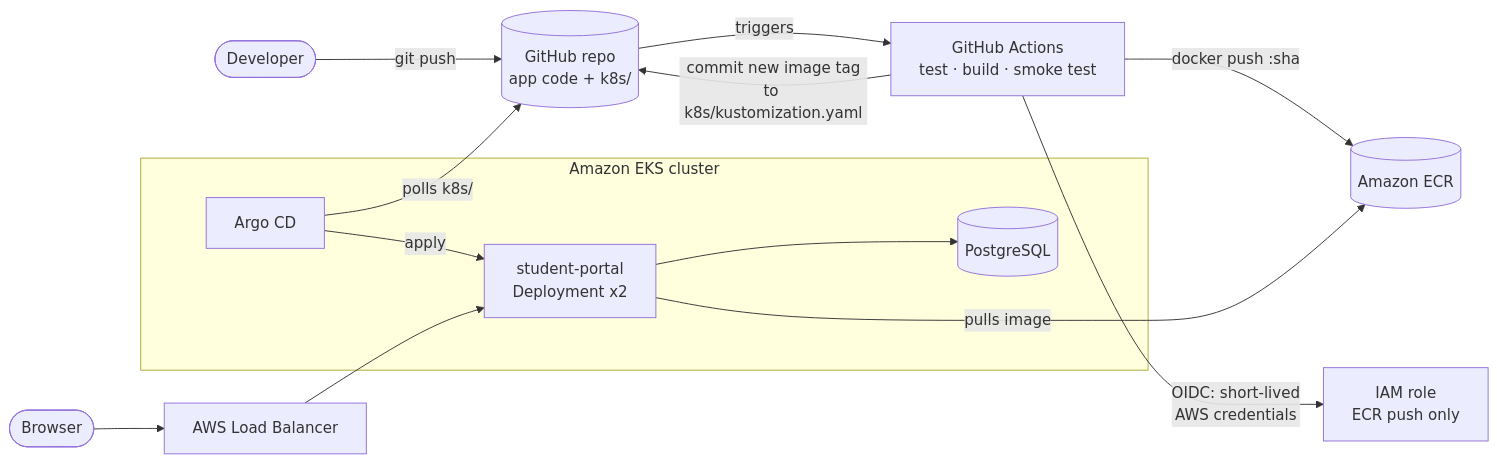
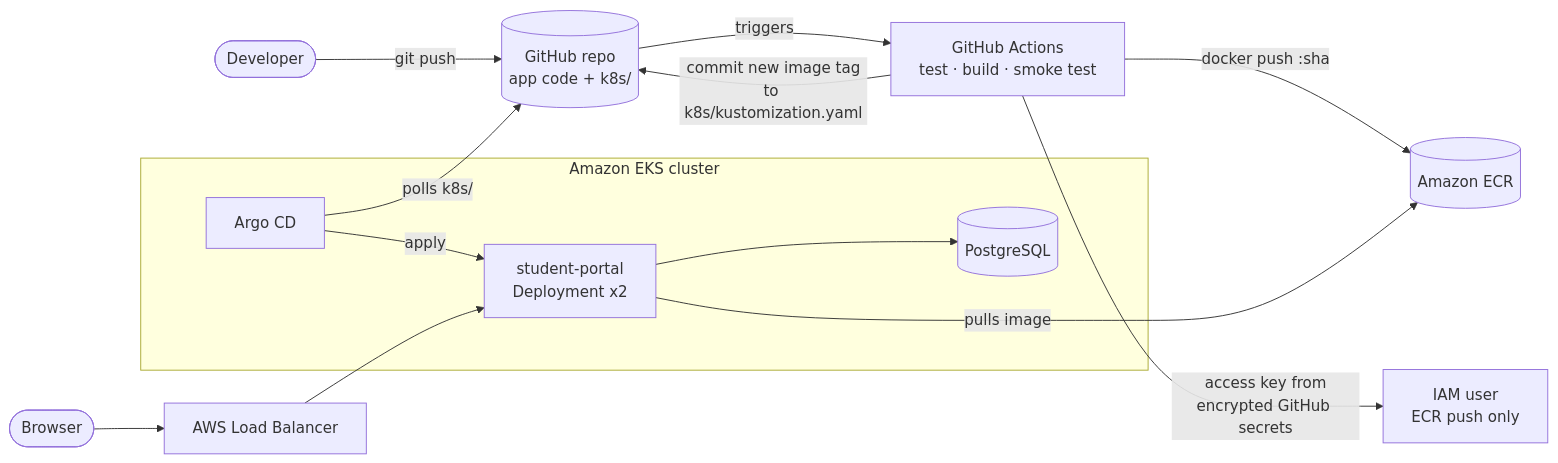
The diagram in README.md (anair6020-star/student-portal-eks-gitops), drawn with Mermaid before and after one commit. The commit also changed other lines of this file and 4 other files, not shown here.

First line of the commit message:
docs: match the deployed setup (Sydney, 3 x t3.small, IAM-user CI auth)

````diff
--- a/README.md
+++ b/README.md
@@ -11,16 +11,16 @@
 ```mermaid
 flowchart LR
     dev([Developer]) -- git push --> gh[(GitHub repo<br/>app code + k8s/)]
     gh -- triggers --> gha[GitHub Actions<br/>test · build · smoke test]
-    gha -- OIDC: short-lived<br/>AWS credentials --> iam[IAM role<br/>ECR push only]
+    gha -- access key from<br/>encrypted GitHub secrets --> iam[IAM user<br/>ECR push only]
     gha -- docker push :sha --> ecr[(Amazon ECR)]
     gha -- commit new image tag<br/>to k8s/kustomization.yaml --> gh
     subgraph EKS[Amazon EKS cluster]
       argo[Argo CD] -- apply --> app[student-portal<br/>Deployment x2]
       app --> db[(PostgreSQL)]
     end
     argo -- polls k8s/ --> gh
     app -- pulls image --> ecr
     lb[AWS Load Balancer] --> app
     user([Browser]) --> lb
 ```
````
